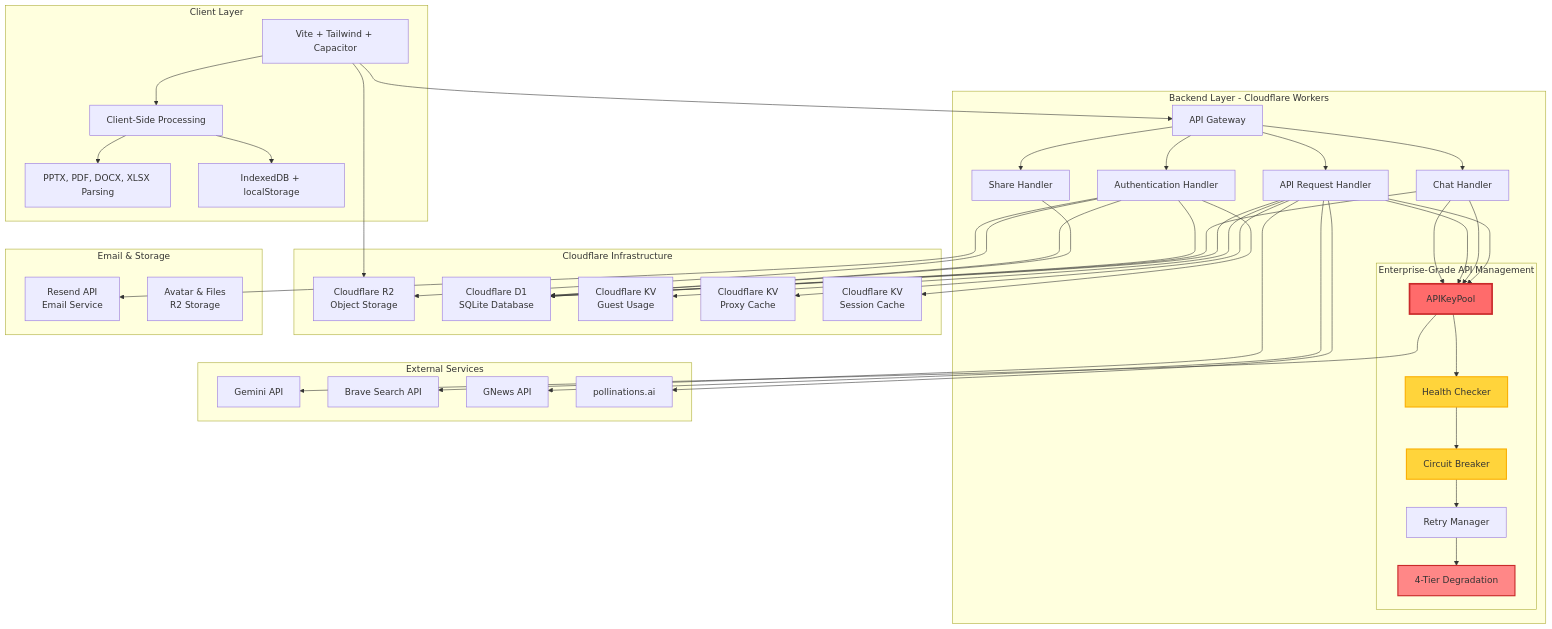
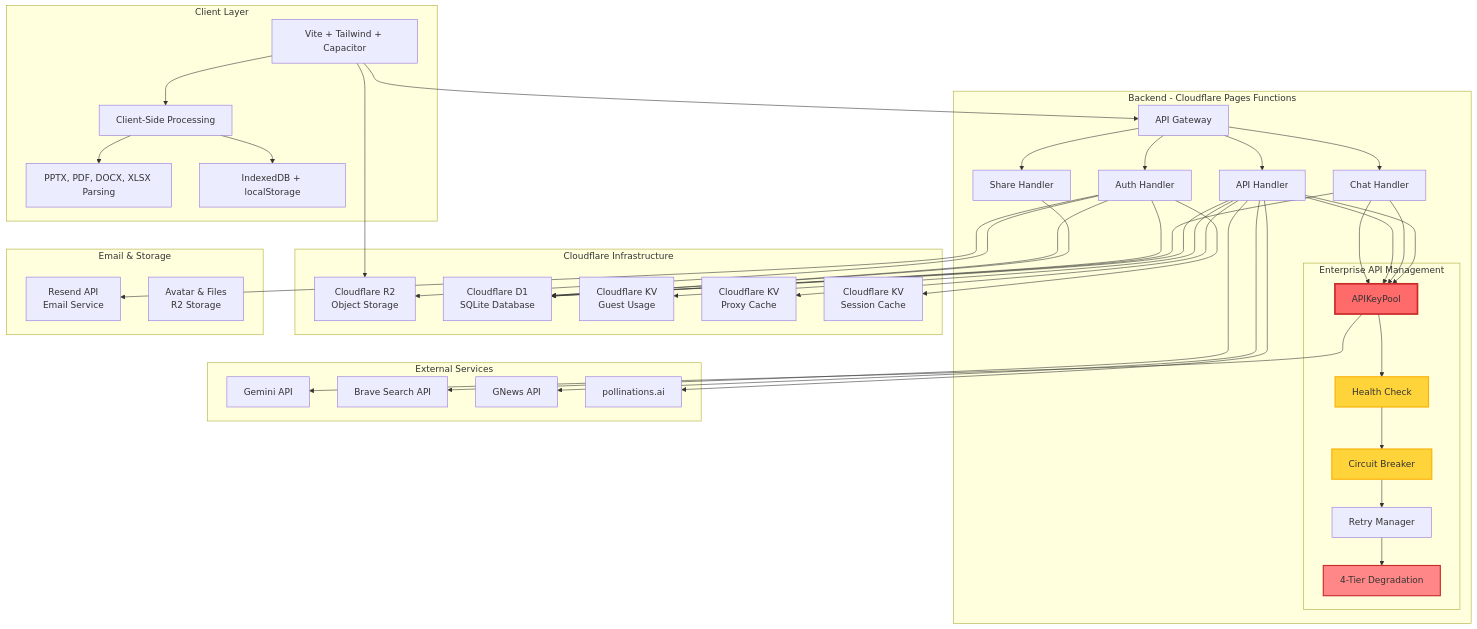
The diagram in README.md (PandaSI-Labs/littleaibox), drawn with Mermaid before and after one commit. The commit also changed other lines of this file and 3 other files, not shown here.

```diff
--- a/README.md
+++ b/README.md
@@ -138,20 +138,20 @@
         H --> J
     end
     
-    subgraph "Backend Layer - Cloudflare Workers"
+    subgraph "Backend - Cloudflare Pages Functions"
         B[API Gateway]
-        B1[Authentication Handler]
+        B1[Auth Handler]
         B2[Chat Handler]
-        B3[API Request Handler]
+        B3[API Handler]
         B4[Share Handler]
         B --> B1
         B --> B2
         B --> B3
         B --> B4
         
-        subgraph "Enterprise-Grade API Management"
+        subgraph "Enterprise API Management"
             B5[APIKeyPool]
-            B6[Health Checker]
+            B6[Health Check]
             B7[Circuit Breaker]
             B8[Retry Manager]
             B9[4-Tier Degradation]
```
